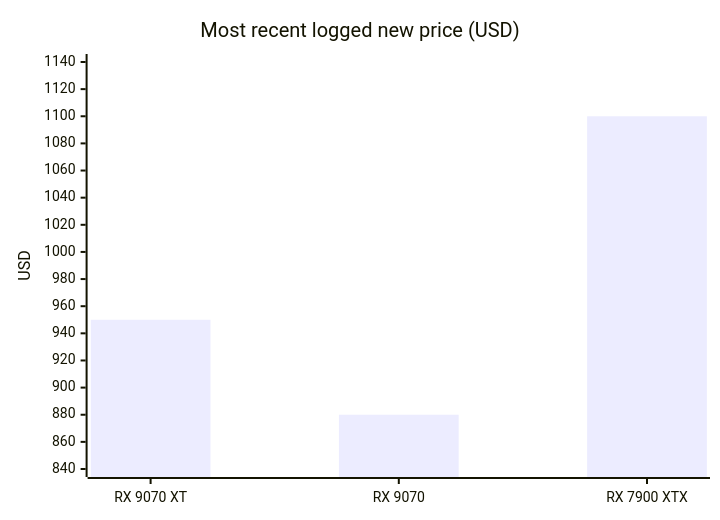
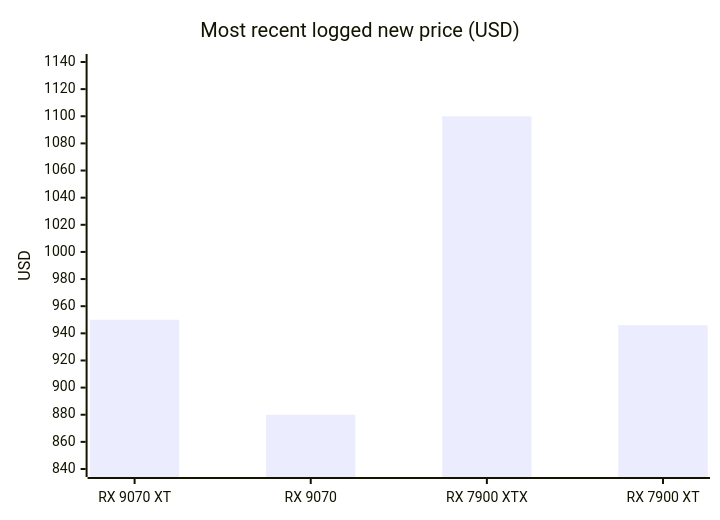
One commit to 7324136828/4tb_ssd_price_watch changed the eighth of 12 diagrams in README.md. Above: the diagram before and after it, drawn with Mermaid. The commit also changed other lines of this file and 4 other files, not shown here.

````diff
--- a/README.md
+++ b/README.md
@@ -302,7 +383,7 @@
 ```mermaid
 xychart-beta
     title "Most recent logged new price (USD)"
-    x-axis ["RX 9070 XT", "RX 9070", "RX 7900 XTX"]
+    x-axis ["RX 9070 XT", "RX 9070", "RX 7900 XTX", "RX 7900 XT"]
     y-axis "USD" 840 --> 1140
-    bar [949.99, 879.99, 1099.99]
+    bar [949.99, 879.99, 1099.99, 946.00]
 ```
````
